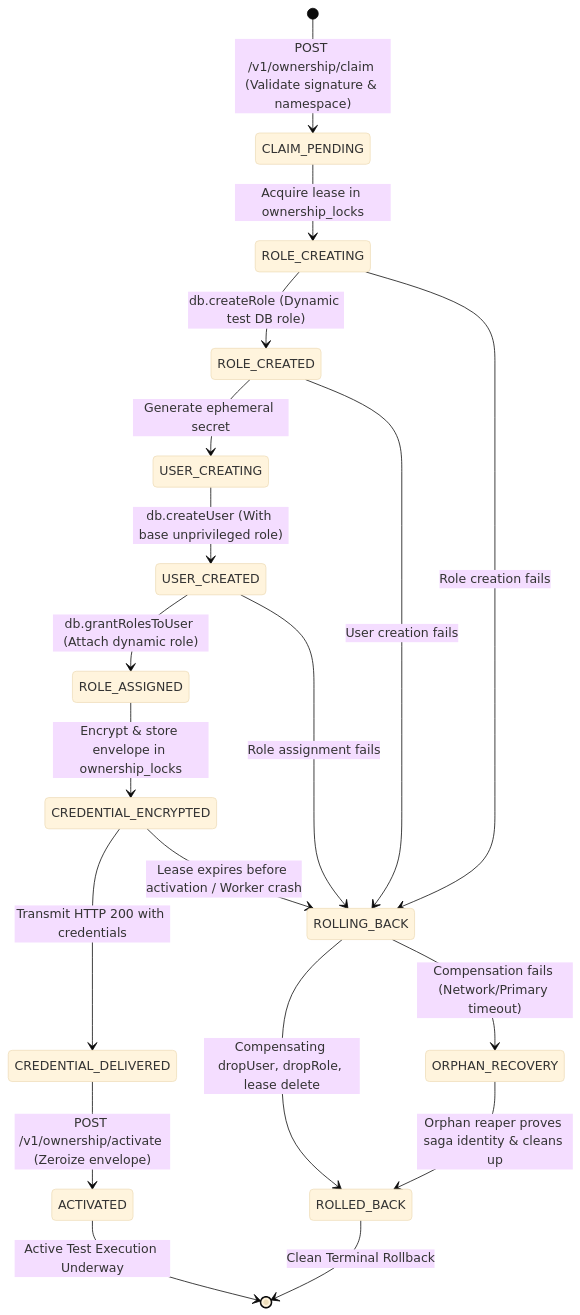
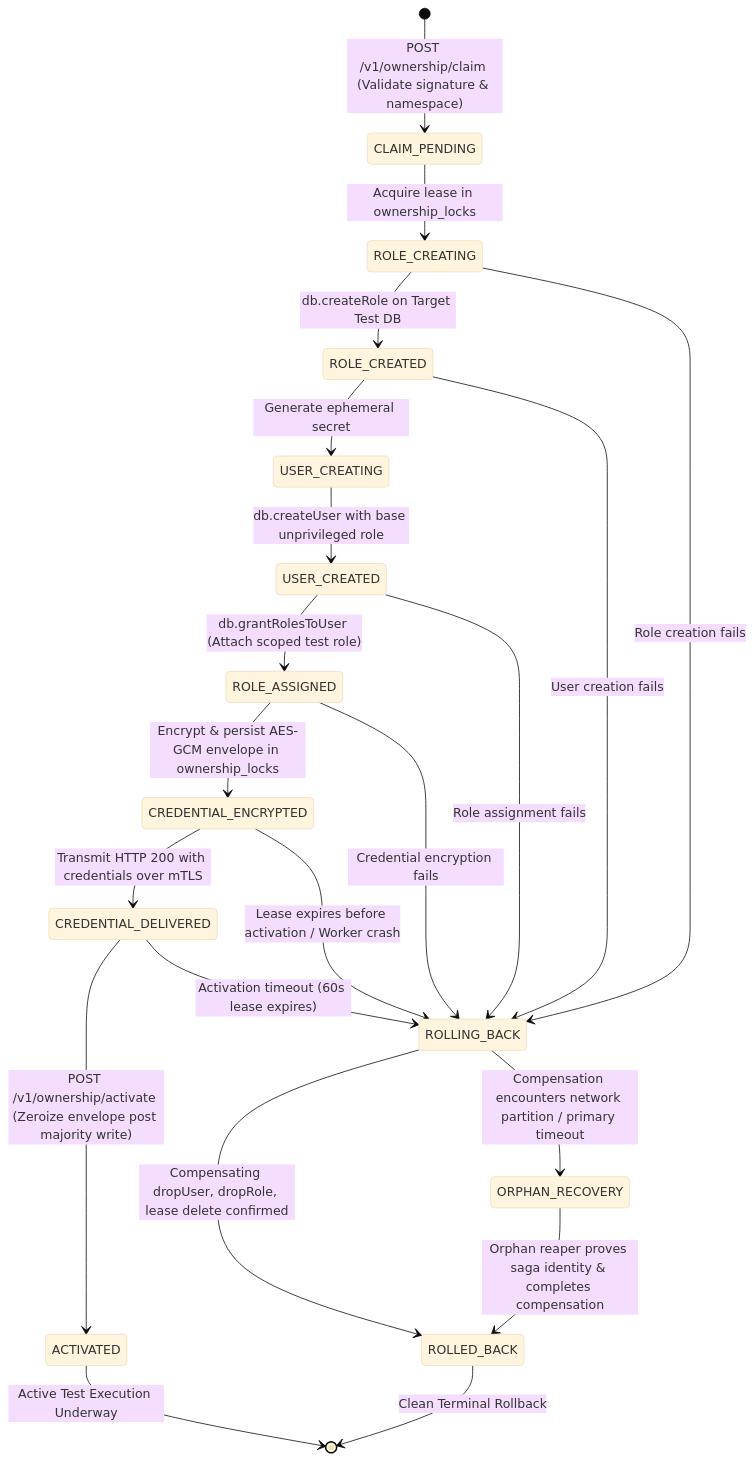
Before and after one commit to AmiTtiwari43/Decision-OS: the fifth of 7 diagrams in BATCH_4_V38_ARCHITECTURE_DECISION.md, drawn with Mermaid (base theme). The commit also changed other lines of this file, not shown here.

````diff
--- a/BATCH_4_V38_ARCHITECTURE_DECISION.md
+++ b/BATCH_4_V38_ARCHITECTURE_DECISION.md
@@ -806,23 +851,26 @@
 ```mermaid
 stateDiagram-v2
     [*] --> CLAIM_PENDING: POST /v1/ownership/claim (Validate signature & namespace)
     CLAIM_PENDING --> ROLE_CREATING: Acquire lease in ownership_locks
-    ROLE_CREATING --> ROLE_CREATED: db.createRole (Dynamic test DB role)
+    ROLE_CREATING --> ROLE_CREATED: db.createRole on Target Test DB
     ROLE_CREATED --> USER_CREATING: Generate ephemeral secret
-    USER_CREATING --> USER_CREATED: db.createUser (With base unprivileged role)
-    USER_CREATED --> ROLE_ASSIGNED: db.grantRolesToUser (Attach dynamic role)
-    ROLE_ASSIGNED --> CREDENTIAL_ENCRYPTED: Encrypt & store envelope in ownership_locks
-    CREDENTIAL_ENCRYPTED --> CREDENTIAL_DELIVERED: Transmit HTTP 200 with credentials
-    CREDENTIAL_DELIVERED --> ACTIVATED: POST /v1/ownership/activate (Zeroize envelope)
+    USER_CREATING --> USER_CREATED: db.createUser with base unprivileged role
+    USER_CREATED --> ROLE_ASSIGNED: db.grantRolesToUser (Attach scoped test role)
+    ROLE_ASSIGNED --> CREDENTIAL_ENCRYPTED: Encrypt & persist AES-GCM envelope in ownership_locks
+    CREDENTIAL_ENCRYPTED --> CREDENTIAL_DELIVERED: Transmit HTTP 200 with credentials over mTLS
+    CREDENTIAL_DELIVERED --> ACTIVATED: POST /v1/ownership/activate (Zeroize envelope post majority write)
 
     ROLE_CREATING --> ROLLING_BACK: Role creation fails
     ROLE_CREATED --> ROLLING_BACK: User creation fails
     USER_CREATED --> ROLLING_BACK: Role assignment fails
+    ROLE_ASSIGNED --> ROLLING_BACK: Credential encryption fails
     CREDENTIAL_ENCRYPTED --> ROLLING_BACK: Lease expires before activation / Worker crash
-    ROLLING_BACK --> ROLLED_BACK: Compensating dropUser, dropRole, lease delete
-    ROLLING_BACK --> ORPHAN_RECOVERY: Compensation fails (Network/Primary timeout)
-    ORPHAN_RECOVERY --> ROLLED_BACK: Orphan reaper proves saga identity & cleans up
+    CREDENTIAL_DELIVERED --> ROLLING_BACK: Activation timeout (60s lease expires)
+
+    ROLLING_BACK --> ROLLED_BACK: Compensating dropUser, dropRole, lease delete confirmed
+    ROLLING_BACK --> ORPHAN_RECOVERY: Compensation encounters network partition / primary timeout
+    ORPHAN_RECOVERY --> ROLLED_BACK: Orphan reaper proves saga identity & completes compensation
 
     ACTIVATED --> [*]: Active Test Execution Underway
     ROLLED_BACK --> [*]: Clean Terminal Rollback
 ```
````
